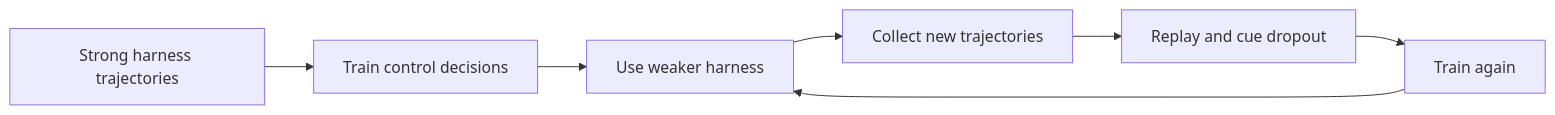
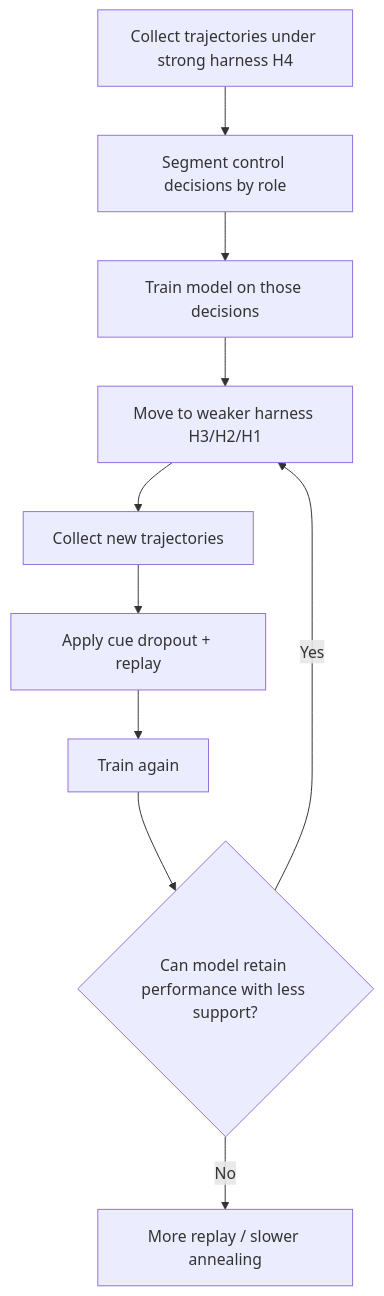
One commit to ShadowKingYT444/harness-papers-daily changed the diagram in _analyses/2610.01235.md. Above: the diagram before and after it, drawn with Mermaid. The commit also changed other lines of this file and 37 other files, not shown here.

````diff
--- a/_analyses/2610.01235.md
+++ b/_analyses/2610.01235.md
@@ -21,9 +42,12 @@
-```mermaid
-flowchart LR
-    A[Strong harness trajectories] --> B[Train control decisions]
-    B --> C[Use weaker harness]
-    C --> D[Collect new trajectories]
-    D --> E[Replay and cue dropout]
-    E --> F[Train again]
-    F --> C
-```
+~~~mermaid
+flowchart TD
+    A["Collect trajectories under strong harness H4"] --> B["Segment control decisions by role"]
+    B --> C["Train model on those decisions"]
+    C --> D["Move to weaker harness H3/H2/H1"]
+    D --> E["Collect new trajectories"]
+    E --> F["Apply cue dropout + replay"]
+    F --> G["Train again"]
+    G --> H{"Can model retain performance with less support?"}
+    H -- "No" --> I["More replay / slower annealing"]
+    H -- "Yes" --> D
+~~~
````
